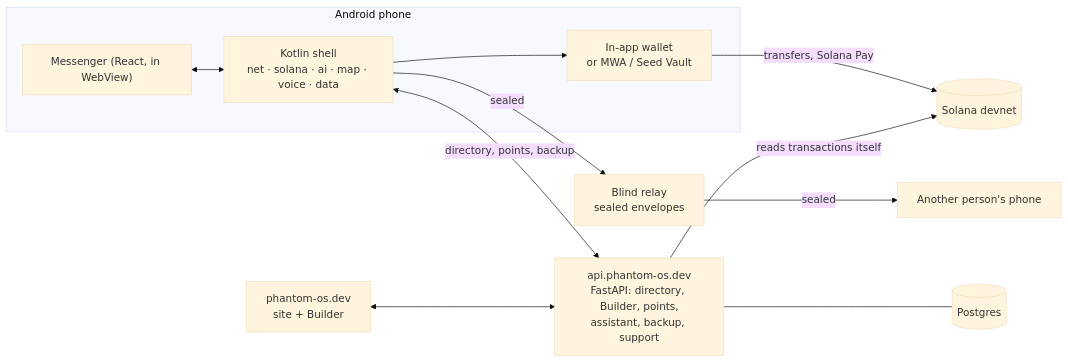
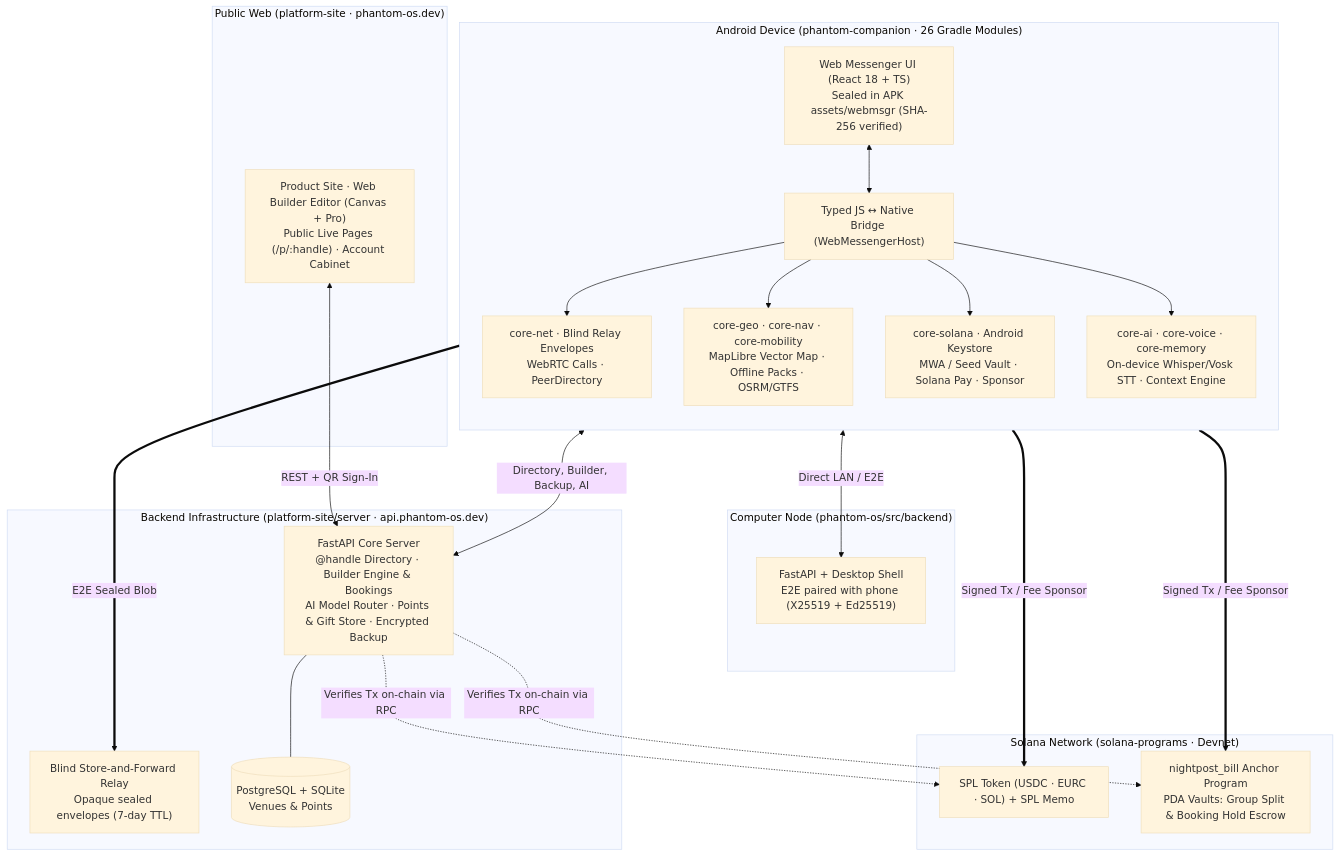
Before and after one commit to Kiril003/nightpost: the diagram in README.md, drawn with Mermaid (base theme). The commit also changed other lines of this file and 19 other files, not shown here.

Commit message:
Flagship README, Build 35 showcase visuals, business model & deep architecture docs

````diff
--- a/README.md
+++ b/README.md
@@ -44,23 +187,41 @@
 ```mermaid
-flowchart LR
-  subgraph Phone["Android phone"]
-    Web["Messenger (React, in WebView)"]
-    Shell["Kotlin shell<br/>net · solana · ai · map · voice · data"]
-    Wallet["In-app wallet<br/>or MWA / Seed Vault"]
-    Web <--> Shell
-    Shell --> Wallet
+flowchart TB
+  subgraph Client["Android Device (phantom-companion · 26 Gradle Modules)"]
+    direction TB
+    Web["Web Messenger UI (React 18 + TS)<br/>Sealed in APK assets/webmsgr (SHA-256 verified)"]
+    Bridge["Typed JS ↔ Native Bridge (WebMessengerHost)"]
+    CoreNet["core-net · Blind Relay Envelopes<br/>WebRTC Calls · PeerDirectory"]
+    CoreGeo["core-geo · core-nav · core-mobility<br/>MapLibre Vector Map · Offline Packs · OSRM/GTFS"]
+    CoreSol["core-solana · Android Keystore<br/>MWA / Seed Vault · Solana Pay · Sponsor"]
+    CoreAI["core-ai · core-voice · core-memory<br/>On-device Whisper/Vosk STT · Context Engine"]
+    Web <--> Bridge
+    Bridge --> CoreNet & CoreGeo & CoreSol & CoreAI
   end
-  Relay["Blind relay<br/>sealed envelopes"]
-  Other["Another person's phone"]
-  API["api.phantom-os.dev<br/>FastAPI: directory, Builder, points,<br/>assistant, backup, support"]
-  DB[("Postgres")]
-  Site["phantom-os.dev<br/>site + Builder"]
-  Chain[("Solana devnet")]
 
-  Shell -->|sealed| Relay -->|sealed| Other
-  Shell <-->|"directory, points, backup"| API
-  Site <--> API
-  API --- DB
-  Wallet -->|"transfers, Solana Pay"| Chain
-  API -->|"reads transactions itself"| Chain
+  subgraph Desktop["Computer Node (phantom-os/src/backend)"]
+    PC["FastAPI + Desktop Shell<br/>E2E paired with phone (X25519 + Ed25519)"]
+  end
+
+  subgraph Cloud["Backend Infrastructure (platform-site/server · api.phantom-os.dev)"]
+    Relay["Blind Store-and-Forward Relay<br/>Opaque sealed envelopes (7-day TTL)"]
+    API["FastAPI Core Server<br/>@handle Directory · Builder Engine & Bookings<br/>AI Model Router · Points & Gift Store · Encrypted Backup"]
+    DB[("PostgreSQL + SQLite<br/>Venues & Points")]
+    API --- DB
+  end
+
+  subgraph WebSite["Public Web (platform-site · phantom-os.dev)"]
+    Site["Product Site · Web Builder Editor (Canvas + Pro)<br/>Public Live Pages (/p/:handle) · Account Cabinet"]
+  end
+
+  subgraph Blockchain["Solana Network (solana-programs · Devnet)"]
+    SPL["SPL Token (USDC · EURC · SOL) + SPL Memo"]
+    Escrow["nightpost_bill Anchor Program<br/>PDA Vaults: Group Split & Booking Hold Escrow"]
+  end
+
+  CoreNet ===>|"E2E Sealed Blob"| Relay
+  CoreNet <-->|"Direct LAN / E2E"| PC
+  CoreNet <-->|"Directory, Builder, Backup, AI"| API
+  Site <-->|"REST + QR Sign-In"| API
+  CoreSol ===>|"Signed Tx / Fee Sponsor"| SPL & Escrow
+  API -.->|"Verifies Tx on-chain via RPC"| SPL & Escrow
 ```
````
